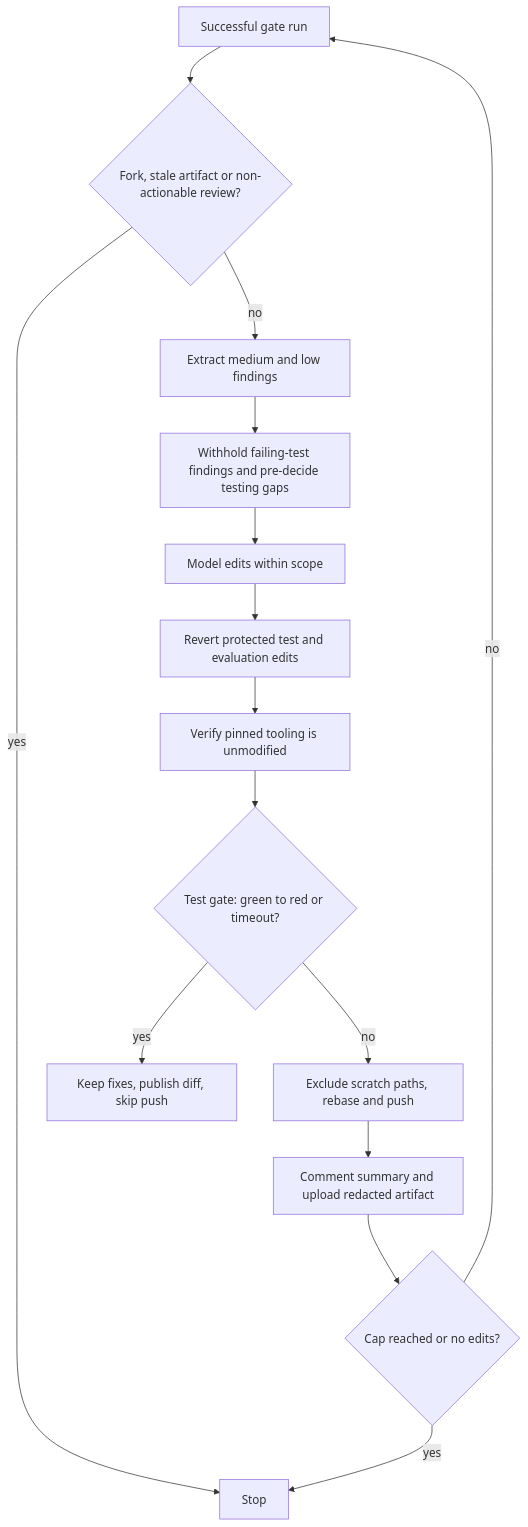
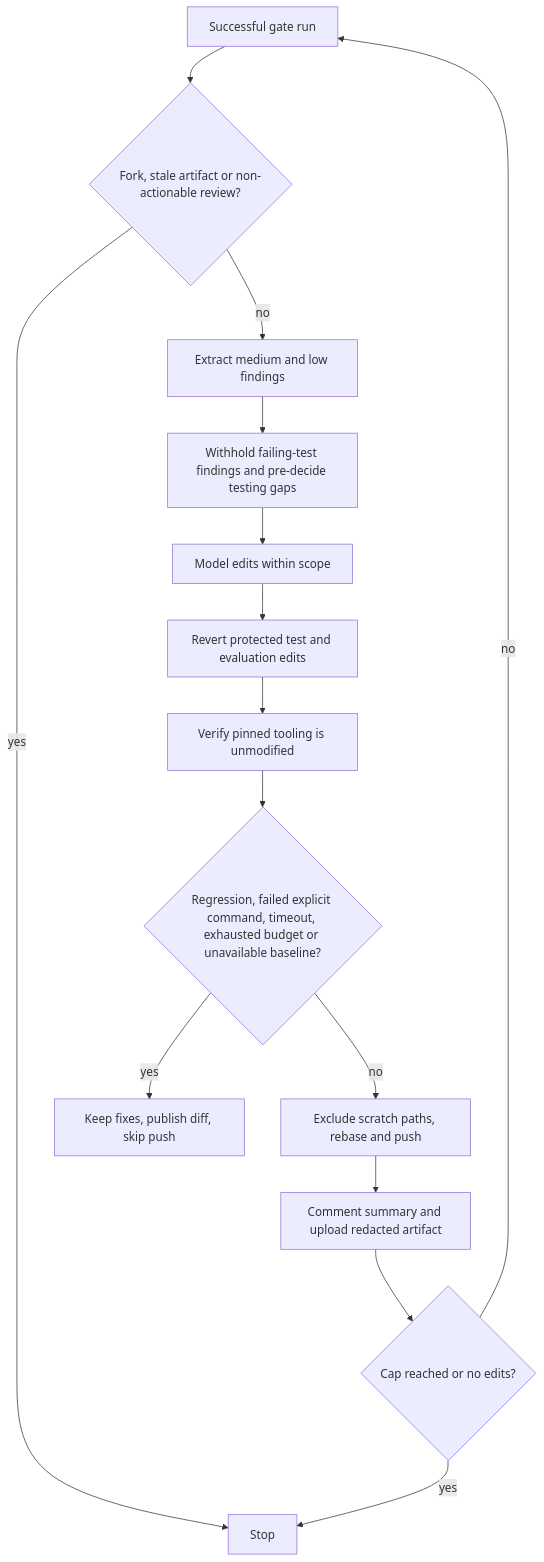
One commit to generic-automation-and-it/smooth-ai-report-review changed the second of 2 diagrams in docs/hlds/005-autonomous-fixer/diagrams/c4-context.md. Above: the diagram before and after it, drawn with Mermaid. The commit also changed other lines of this file and 17 other files, not shown here.

````diff
--- a/docs/hlds/005-autonomous-fixer/diagrams/c4-context.md
+++ b/docs/hlds/005-autonomous-fixer/diagrams/c4-context.md
@@ -31,17 +33,17 @@
 ```mermaid
 flowchart TD
     A[Successful gate run] --> B{Fork, stale artifact or non-actionable review?}
     B -->|yes| Z[Stop]
     B -->|no| C[Extract medium and low findings]
     C --> D[Withhold failing-test findings and pre-decide testing gaps]
     D --> E[Model edits within scope]
     E --> F[Revert protected test and evaluation edits]
     F --> G[Verify pinned tooling is unmodified]
-    G --> H{Test gate: green to red or timeout?}
+    G --> H{Regression, failed explicit command, timeout, exhausted budget or unavailable baseline?}
     H -->|yes| I[Keep fixes, publish diff, skip push]
     H -->|no| J[Exclude scratch paths, rebase and push]
     J --> K[Comment summary and upload redacted artifact]
     K --> L{Cap reached or no edits?}
     L -->|no| A
     L -->|yes| Z
 ```
````
